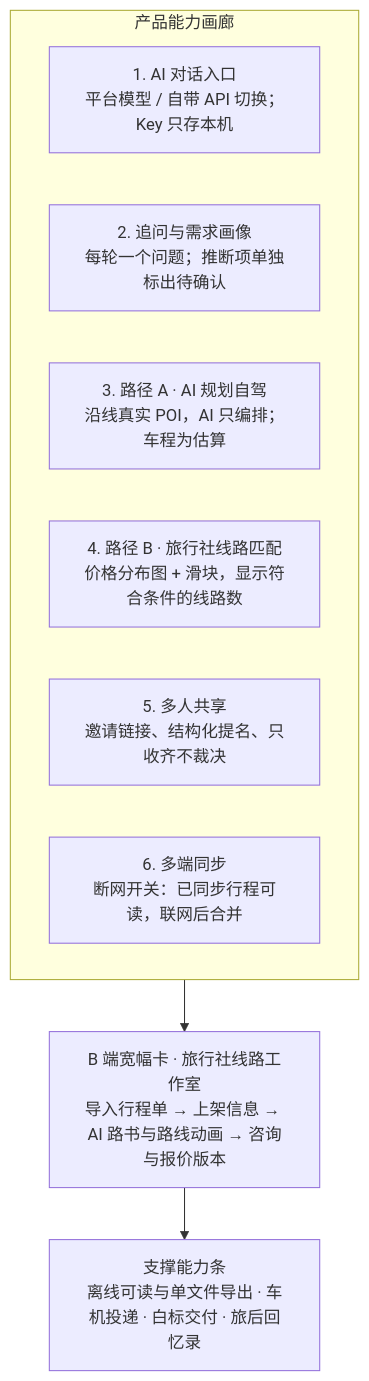
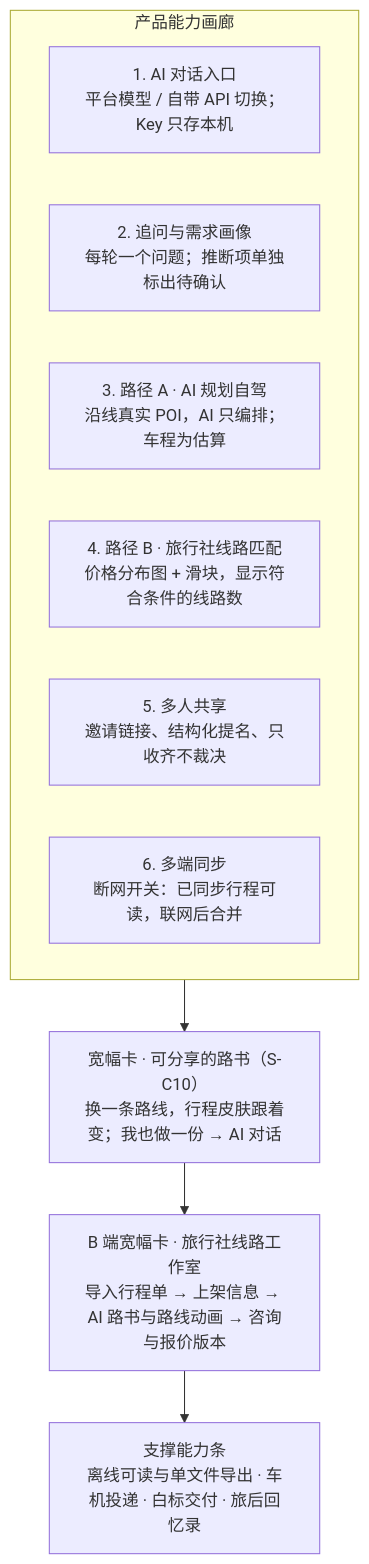
One commit to JohnMaxwell0123/TripCraft changed the fifth of 6 diagrams in docs/SHOWCASE-web-design.md. Above: the diagram before and after it, drawn with Mermaid. The commit also changed other lines of this file and 6 other files, not shown here.

First line of the commit message:
feat(showcase): 能力画廊补「可分享的路书」卡——换一条路线，分享页的行程皮肤跟着变

````diff
--- a/docs/SHOWCASE-web-design.md
+++ b/docs/SHOWCASE-web-design.md
@@ -362,13 +375,14 @@
 ```mermaid
 graph TD
     subgraph BENTO["产品能力画廊"]
         B1["1. AI 对话入口<br/>平台模型 / 自带 API 切换；Key 只存本机"]
         B2["2. 追问与需求画像<br/>每轮一个问题；推断项单独标出待确认"]
         B3["3. 路径 A · AI 规划自驾<br/>沿线真实 POI，AI 只编排；车程为估算"]
         B4["4. 路径 B · 旅行社线路匹配<br/>价格分布图 + 滑块，显示符合条件的线路数"]
         B5["5. 多人共享<br/>邀请链接、结构化提名、只收齐不裁决"]
         B6["6. 多端同步<br/>断网开关：已同步行程可读，联网后合并"]
     end
-    BENTO --> STUDIO["B 端宽幅卡 · 旅行社线路工作室<br/>导入行程单 → 上架信息 → AI 路书与路线动画 → 咨询与报价版本"]
+    BENTO --> SHARE["宽幅卡 · 可分享的路书（S-C10）<br/>换一条路线，行程皮肤跟着变；我也做一份 → AI 对话"]
+    SHARE --> STUDIO["B 端宽幅卡 · 旅行社线路工作室<br/>导入行程单 → 上架信息 → AI 路书与路线动画 → 咨询与报价版本"]
     STUDIO --> SUP["支撑能力条<br/>离线可读与单文件导出 · 车机投递 · 白标交付 · 旅后回忆录"]
 ```
````
